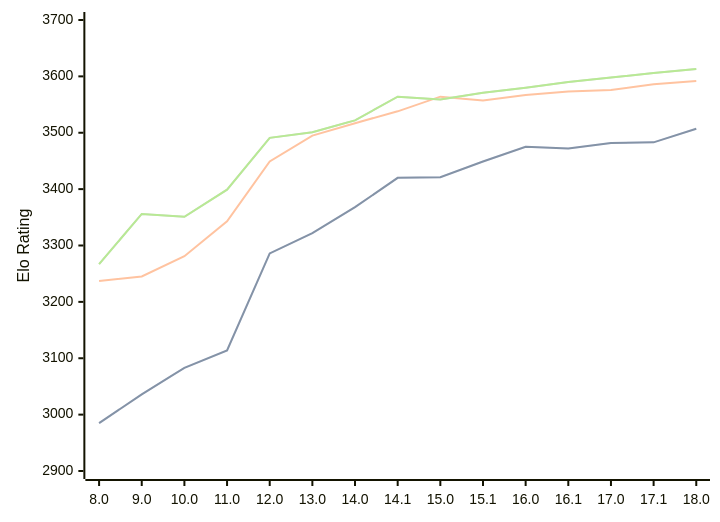
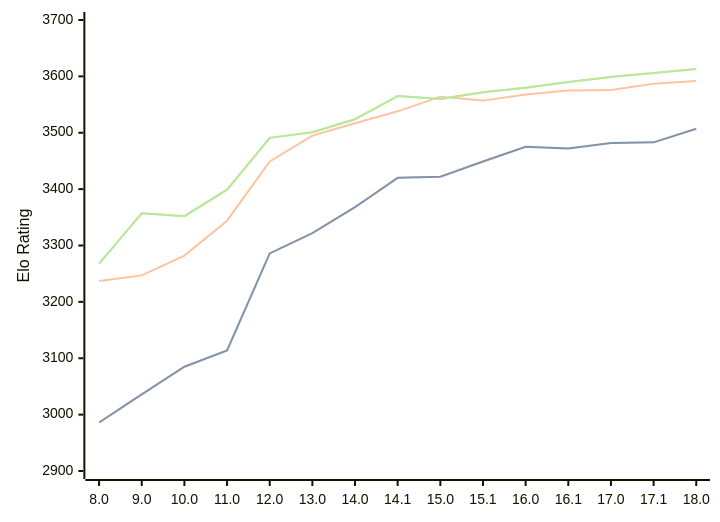
The diagram in engines/Stockfish.md (computer-chess-index/cci), drawn with Mermaid before and after one commit. The commit also changed other lines of this file, not shown here.

Commit message:
Update CCI Ratings (ELO VLTC) - 2026-08-27

````diff
--- a/engines/Stockfish.md
+++ b/engines/Stockfish.md
@@ -45,11 +45,11 @@
 ```mermaid
 %%{init: {"theme":"base","themeVariables":{"seriesColors:['#a3a3a3','#222221','#faa371']}}}%%
 xychart-beta
   x-axis ["8.0", "9.0", "10.0", "11.0", "12.0", "13.0", "14.0", "14.1", "15.0", "15.1", "16.0", "16.1", "17.0", "17.1", "18.0"]
   y-axis "Elo Rating" 2900 --> 3700
-  line "STC (8.0+0.08s)" [2985, 3036, 3083, 3114, 3286, 3322, 3368, 3420, 3421, 3449, 3475, 3472, 3482, 3483, 3507]
-  line "STC (8.0+0.08s)" [2985, 3036, 3083, 3114, 3286, 3322, 3368, 3420, 3421, 3449, 3475, 3472, 3482, 3483, 3507]
-  line "LTC (60.0+0.60s)" [3237, 3245, 3281, 3343, 3449, 3495, 3517, 3538, 3564, 3557, 3567, 3573, 3576, 3586, 3592]
-  line "VLTC (2m24s+1.12s)" [3267, 3356, 3351, 3399, 3491, 3501, 3522, 3564, 3559, 3571, 3580, 3590, 3598, 3606, 3613]
-  line "VLTC (2m24s+1.12s)" [3267, 3356, 3351, 3399, 3491, 3501, 3522, 3564, 3559, 3571, 3580, 3590, 3598, 3606, 3613]
+  line "STC (8.0+0.08s)" [2986, 3036, 3085, 3114, 3286, 3322, 3368, 3420, 3422, 3449, 3475, 3472, 3482, 3483, 3507]
+  line "STC (8.0+0.08s)" [2986, 3036, 3085, 3114, 3286, 3322, 3368, 3420, 3422, 3449, 3475, 3472, 3482, 3483, 3507]
+  line "LTC (60.0+0.60s)" [3237, 3247, 3282, 3344, 3449, 3495, 3517, 3538, 3564, 3557, 3568, 3575, 3576, 3587, 3592]
+  line "VLTC (2m24s+1.12s)" [3268, 3357, 3352, 3399, 3491, 3501, 3524, 3565, 3560, 3572, 3580, 3590, 3599, 3606, 3613]
+  line "VLTC (2m24s+1.12s)" [3268, 3357, 3352, 3399, 3491, 3501, 3524, 3565, 3560, 3572, 3580, 3590, 3599, 3606, 3613]
 ```
````
